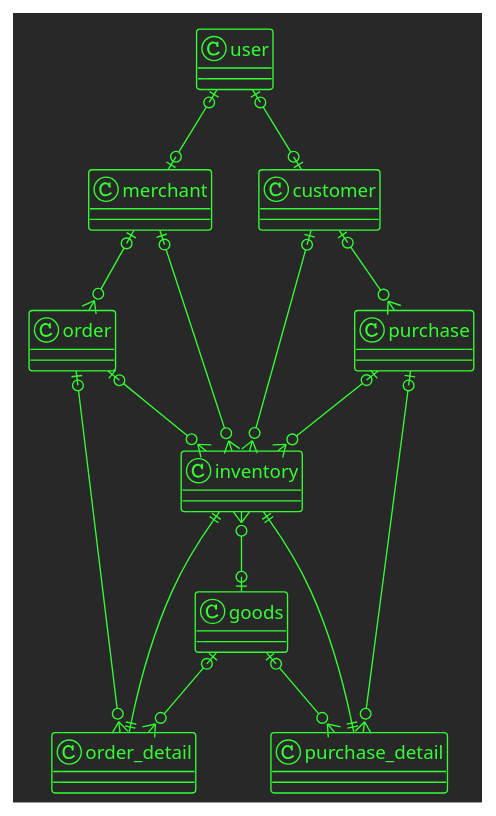
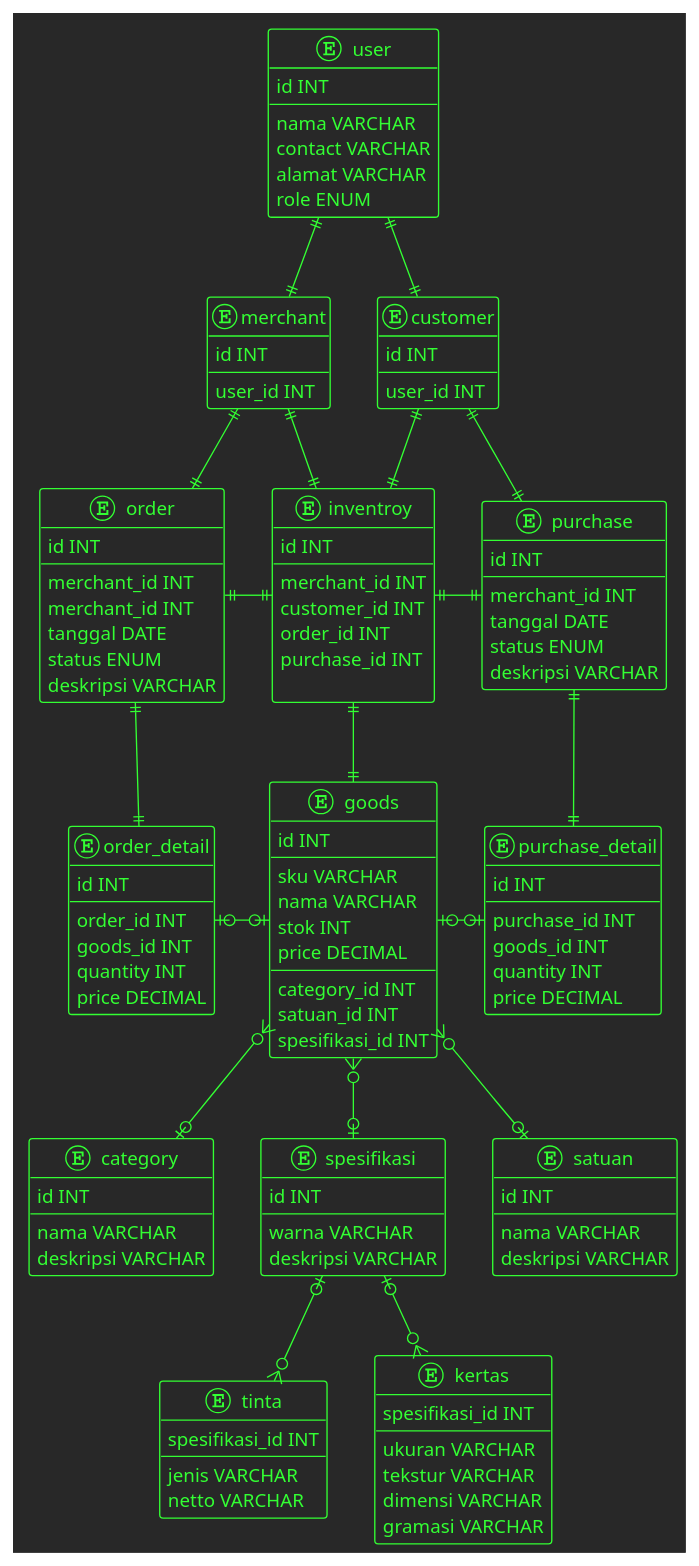
The diagram in abucom_erd.puml (kaattuu/abucom_erd), drawn with PlantUML before and after one commit. The commit also changed 2 other files, not shown here.

Commit message:
feat(abucom1): implement attribute for all entity

```diff
--- a/abucom_erd.puml
+++ b/abucom_erd.puml
@@ -1,22 +1,153 @@
 @startuml
 !theme crt-green
 ' !theme crt-amber
 
-user      |o--o| merchant
-user      |o--o| customer
-merchant  |o--o{ order
-merchant  |o--o{ inventory
-order     |o--o{ order_detail
-order     |o--o{ inventory
-order_detail ||--|| inventory
-goods     |o--o{ order_detail
-customer  |o--o{ purchase
-customer  |o--o{ inventory
-purchase  |o--o{ purchase_detail
-purchase  |o--o{ inventory
-purchase_detail ||--|| inventory
-goods     |o--o{ purchase_detail
-inventory }o--o| goods
+
+entity user {
+    id INT
+    --
+    nama VARCHAR
+    contact VARCHAR
+    alamat VARCHAR
+    role ENUM
+}
+
+entity merchant {
+    id INT
+    --
+    user_id INT
+}
+
+entity customer {
+    id INT
+    --
+    user_id INT
+}
+
+entity order {
+    id INT
+    --
+    merchant_id INT
+    merchant_id INT
+    tanggal DATE
+    status ENUM
+    deskripsi VARCHAR
+}
+
+entity order_detail {
+    id INT
+    --
+    order_id INT
+    goods_id INT
+    quantity INT
+    price DECIMAL
+}
+
+entity purchase {
+    id INT
+    --
+    merchant_id INT
+    tanggal DATE
+    status ENUM
+    deskripsi VARCHAR
+}
+
+entity purchase_detail {
+    id INT
+    --
+    purchase_id INT
+    goods_id INT
+    quantity INT
+    price DECIMAL
+}
+
+entity inventroy {
+    id INT
+    --
+    merchant_id INT
+    customer_id INT
+    order_id INT
+    purchase_id INT
+
+}
+
+entity goods {
+    id INT
+    --
+    sku VARCHAR
+    nama VARCHAR
+    stok INT
+    price DECIMAL
+    --
+    category_id INT
+    satuan_id INT
+    spesifikasi_id INT
+}
+
+entity category {
+    id INT
+    --
+    nama VARCHAR
+    deskripsi VARCHAR
+}
+
+entity spesifikasi {
+    id INT
+    --
+    warna VARCHAR
+    deskripsi VARCHAR
+}
+
+entity tinta {
+    spesifikasi_id INT
+    --
+    jenis VARCHAR
+    netto VARCHAR
+}
+
+entity kertas {
+    spesifikasi_id INT
+    --
+    ukuran VARCHAR
+    tekstur VARCHAR
+    dimensi VARCHAR
+    gramasi VARCHAR
+}
+
+entity satuan {
+    id INT
+    --
+    nama VARCHAR
+    deskripsi VARCHAR
+}
+
+
+user         ||--|| merchant
+merchant     ||--|| order
+order        ||--|| order_detail
+order_detail |o-o|  goods
+
+
+merchant     ||--|| inventroy
+order        ||-||  inventroy
+inventroy    ||--|| goods
+inventroy    ||-||  purchase
+customer     ||--|| inventroy
+
+
+
+user         ||--|| customer
+customer     ||--|| purchase
+purchase     ||--|| purchase_detail
+goods        |o-o|  purchase_detail
+
+
+goods        }o--o| category
+goods        }o--o| spesifikasi
+spesifikasi  |o--o{ tinta
+spesifikasi  |o--o{ kertas
+goods        }o--o| satuan
+
 
 
 @enduml
```
